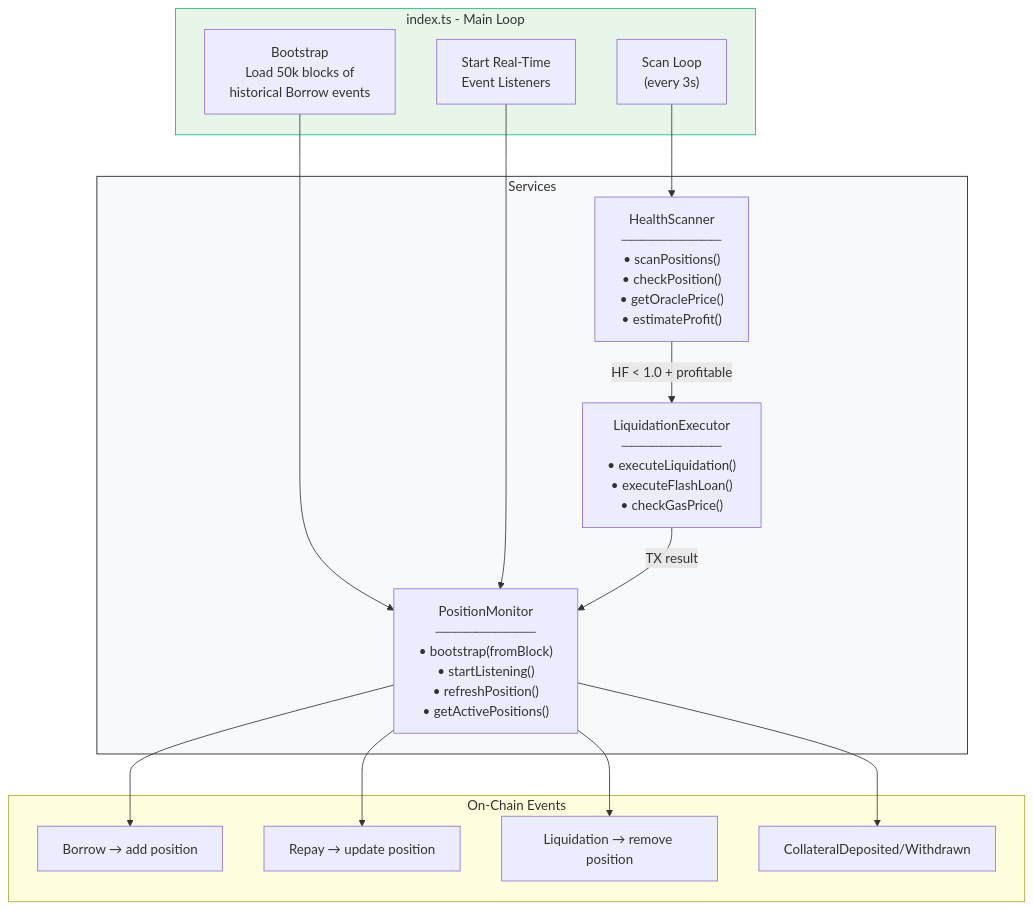
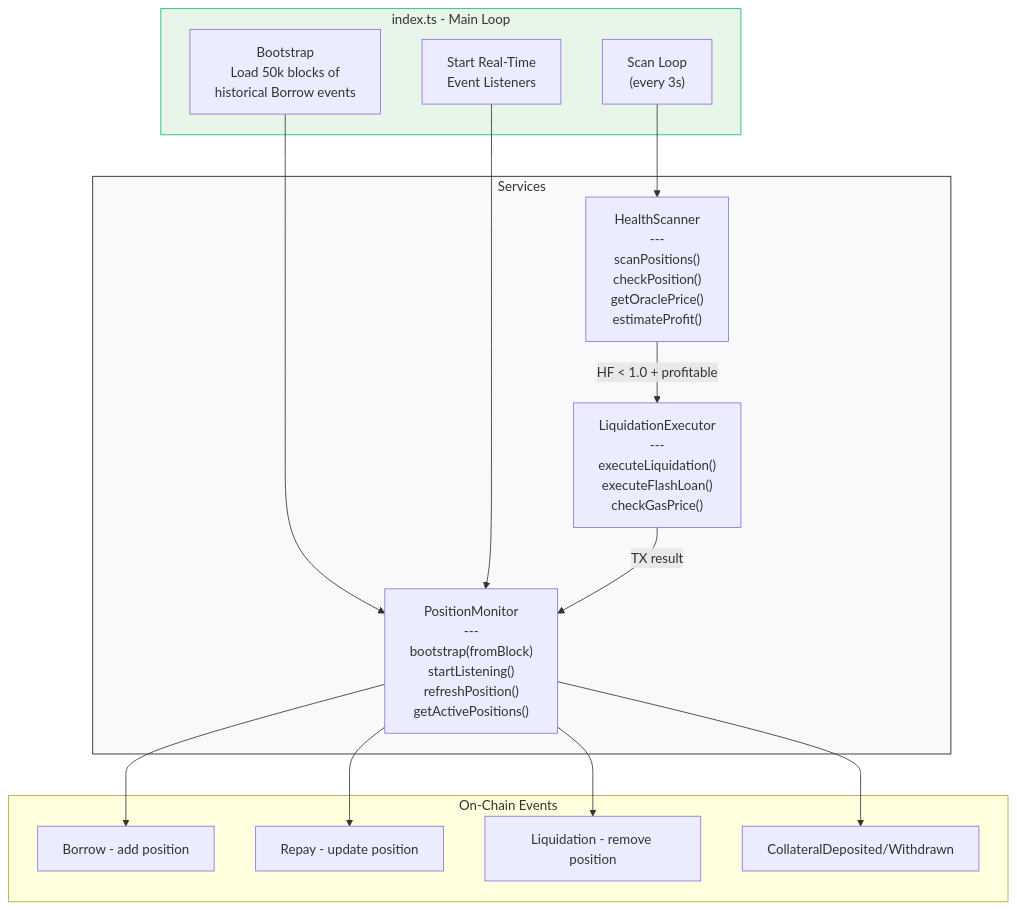
One commit to deepesh-sr/LendBNB changed the tenth of 12 diagrams in README.md. Above: the diagram before and after it, drawn with Mermaid. The commit also changed other lines of this file, not shown here.

````diff
--- a/README.md
+++ b/README.md
@@ -319,37 +538,37 @@
 ```mermaid
 graph TD
     subgraph Entry["index.ts - Main Loop"]
         BOOT["Bootstrap<br/>Load 50k blocks of<br/>historical Borrow events"]
         LISTEN["Start Real-Time<br/>Event Listeners"]
         SCAN["Scan Loop<br/>(every 3s)"]
     end
 
     subgraph Services["Services"]
-        PM["PositionMonitor<br/>──────────<br/>• bootstrap(fromBlock)<br/>• startListening()<br/>• refreshPosition()<br/>• getActivePositions()"]
+        PM["PositionMonitor<br/>---<br/>bootstrap(fromBlock)<br/>startListening()<br/>refreshPosition()<br/>getActivePositions()"]
 
-        HS["HealthScanner<br/>──────────<br/>• scanPositions()<br/>• checkPosition()<br/>• getOraclePrice()<br/>• estimateProfit()"]
+        HS["HealthScanner<br/>---<br/>scanPositions()<br/>checkPosition()<br/>getOraclePrice()<br/>estimateProfit()"]
 
-        LE["LiquidationExecutor<br/>──────────<br/>• executeLiquidation()<br/>• executeFlashLoan()<br/>• checkGasPrice()"]
+        LE["LiquidationExecutor<br/>---<br/>executeLiquidation()<br/>executeFlashLoan()<br/>checkGasPrice()"]
     end
 
     subgraph Events["On-Chain Events"]
-        E1["Borrow → add position"]
-        E2["Repay → update position"]
-        E3["Liquidation → remove position"]
+        E1["Borrow - add position"]
+        E2["Repay - update position"]
+        E3["Liquidation - remove position"]
         E4["CollateralDeposited/Withdrawn"]
     end
 
     BOOT --> PM
     LISTEN --> PM
     SCAN --> HS
     HS -->|"HF < 1.0 + profitable"| LE
     LE -->|"TX result"| PM
 
     PM --> E1
     PM --> E2
     PM --> E3
     PM --> E4
 
     style Entry fill:#E8F5E9,stroke:#10B981
     style Services fill:#f8f9fa,stroke:#1A1A1A
 ```
````
